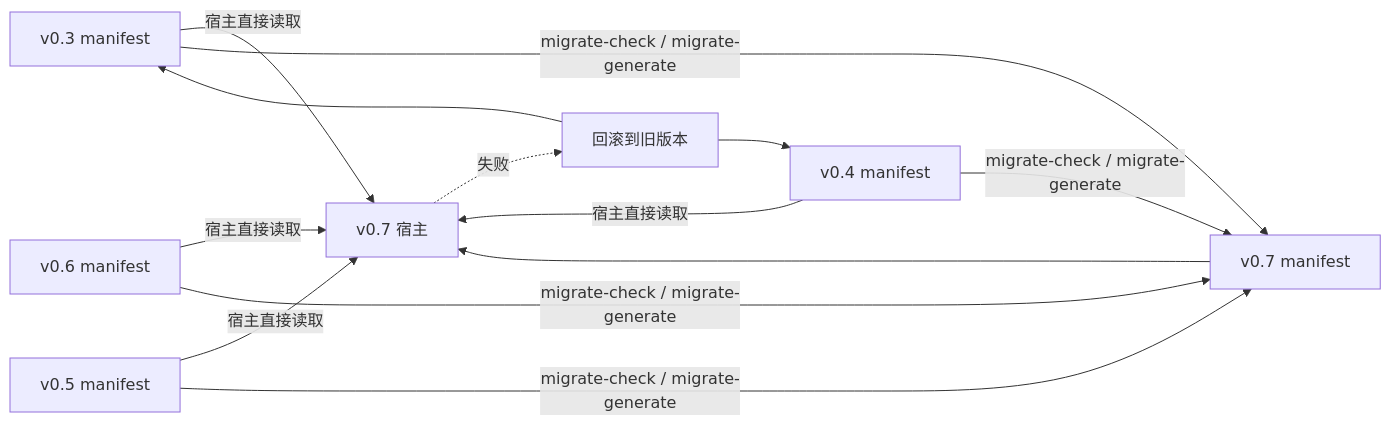
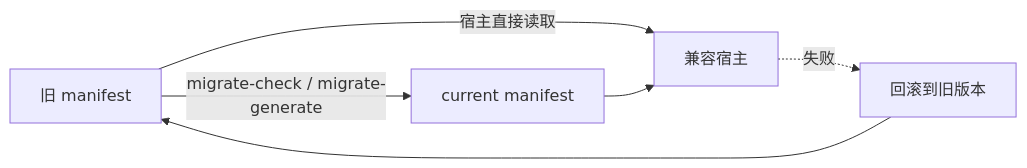
Diagram 12 of 12 in docs/zh/architecture.md (limecloud/agentapp), drawn with Mermaid before and after one commit. The commit also changed other lines of this file and 86 other files, not shown here.

````diff
--- a/docs/zh/architecture.md
+++ b/docs/zh/architecture.md
@@ -390,15 +389,8 @@
 ```mermaid
 flowchart LR
-  v03[v0.3 manifest] -->|宿主直接读取| v07Host[v0.7 宿主]
-  v04[v0.4 manifest] -->|宿主直接读取| v07Host
-  v06[v0.6 manifest] -->|宿主直接读取| v07Host
-  v05[v0.5 manifest] -->|宿主直接读取| v07Host
-  v03 -->|migrate-check / migrate-generate| v07[v0.7 manifest]
-  v04 -->|migrate-check / migrate-generate| v07
-  v06 -->|migrate-check / migrate-generate| v07
-  v05 -->|migrate-check / migrate-generate| v07
-  v07 --> v07Host
-  v07Host -. 失败 .-> Rollback[回滚到旧版本]
-  Rollback --> v04
-  Rollback --> v03
+  oldManifest[旧 manifest] -->|宿主直接读取| currentHost[兼容宿主]
+  oldManifest -->|migrate-check / migrate-generate| currentManifest[current manifest]
+  currentManifest --> currentHost
+  currentHost -. 失败 .-> Rollback[回滚到旧版本]
+  Rollback --> oldManifest
 ```
````
